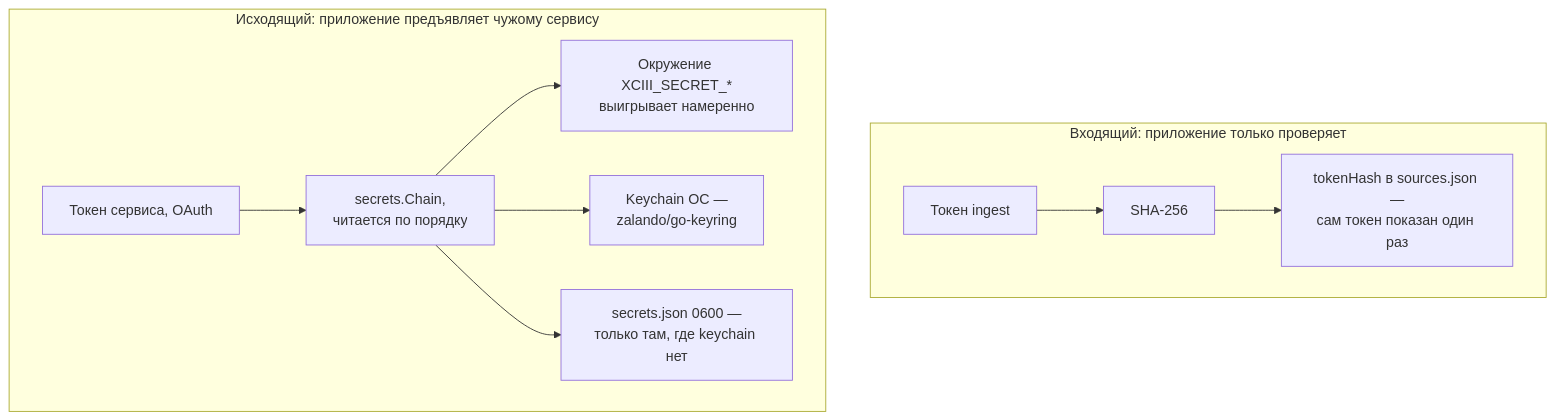
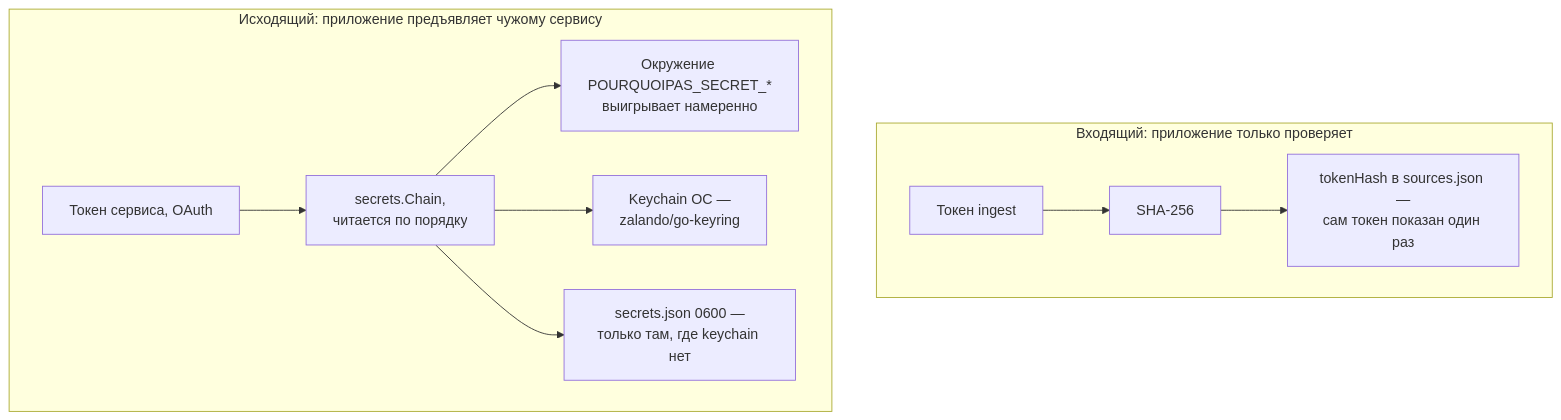
The sixth of 12 diagrams in docs/sources.md (artipop/pourquoipas), drawn with Mermaid before and after one commit. The commit also changed other lines of this file and 423 other files, not shown here.

````diff
--- a/docs/sources.md
+++ b/docs/sources.md
@@ -638,13 +638,13 @@
 ```mermaid
 flowchart TD
     subgraph in["Входящий: приложение только проверяет"]
         T1["Токен ingest"] --> H["SHA-256"]
         H --> HS["tokenHash в sources.json —<br/>сам токен показан один раз"]
     end
     subgraph out["Исходящий: приложение предъявляет чужому сервису"]
         T2["Токен сервиса, OAuth"] --> CH["secrets.Chain,<br/>читается по порядку"]
-        CH --> EV["Окружение XCIII_SECRET_*<br/>выигрывает намеренно"]
+        CH --> EV["Окружение POURQUOIPAS_SECRET_*<br/>выигрывает намеренно"]
         CH --> KC["Keychain ОС —<br/>zalando/go-keyring"]
         CH --> FS["secrets.json 0600 —<br/>только там, где keychain нет"]
     end
 ```
````
